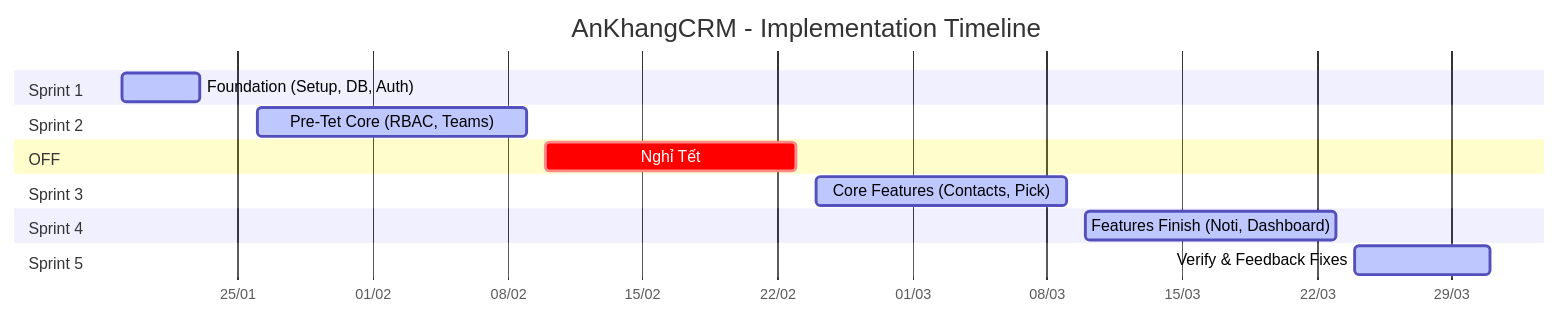
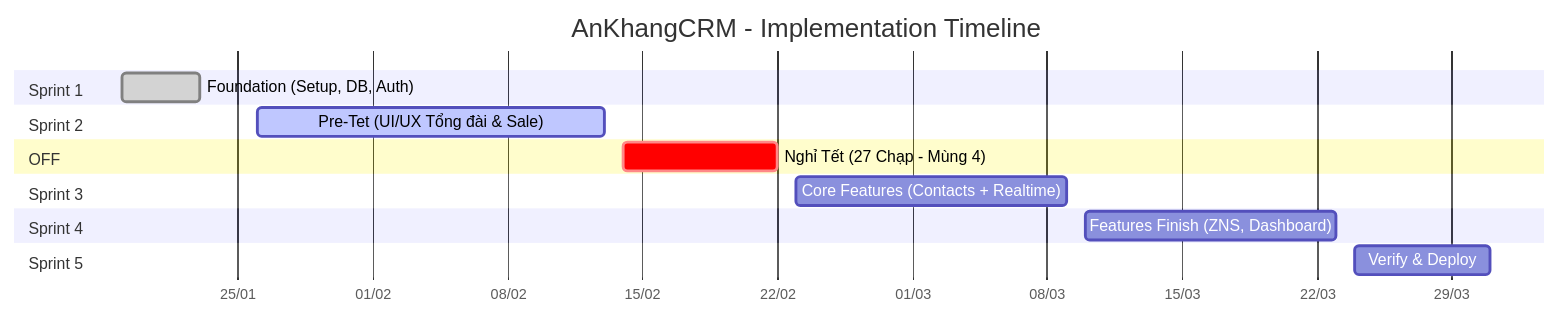
The diagram in docs/planning/master_plan.md (Hybro-Tech/ankhang-crm), drawn with Mermaid before and after one commit. The commit also changed other lines of this file and 18 other files, not shown here.

````diff
--- a/docs/planning/master_plan.md
+++ b/docs/planning/master_plan.md
@@ -12,25 +12,25 @@
 ```mermaid
 gantt
     title AnKhangCRM - Implementation Timeline
     dateFormat  YYYY-MM-DD
     axisFormat  %d/%m
     excludes    weekend
 
     section Sprint 1
-    Foundation (Setup, DB, Auth) :active, s1, 2026-01-19, 2026-01-23
+    Foundation (Setup, DB, Auth) :done, s1, 2026-01-19, 2026-01-23
 
     section Sprint 2
-    Pre-Tet Core (RBAC, Teams)   :active, s2, 2026-01-26, 2026-02-09
+    Pre-Tet (UI/UX Tổng đài & Sale) :active, s2, 2026-01-26, 2026-02-13
 
     section OFF
-    Nghỉ Tết                     :crit, off, 2026-02-10, 2026-02-23
+    Nghỉ Tết (27 Chạp - Mùng 4)   :crit, off, 2026-02-14, 2026-02-22
 
     section Sprint 3
-    Core Features (Contacts, Pick) :active, s3, 2026-02-24, 2026-03-09
+    Core Features (Contacts + Realtime) :s3, 2026-02-23, 2026-03-09
 
     section Sprint 4
-    Features Finish (Noti, Dashboard) :active, s4, 2026-03-10, 2026-03-23
+    Features Finish (ZNS, Dashboard) :s4, 2026-03-10, 2026-03-23
 
     section Sprint 5
-    Verify & Feedback Fixes      :active, s5, 2026-03-24, 2026-03-31
+    Verify & Deploy               :s5, 2026-03-24, 2026-03-31
 ```
````
